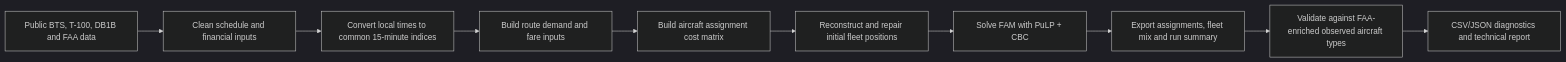
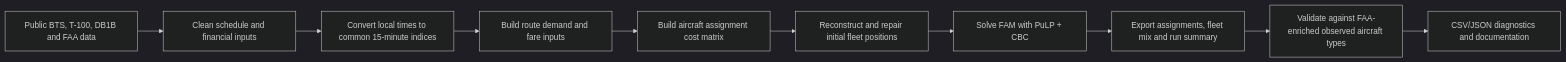
Before and after one commit to AsteriosPapanikolaou/fam-recreation-aircraft-assignment: the diagram in README.md, drawn with Mermaid (dark theme). The commit also changed other lines of this file and 3 other files, not shown here.

````diff
--- a/README.md
+++ b/README.md
@@ -26,12 +27,12 @@
 ```mermaid
 flowchart LR
     A[Public BTS, T-100, DB1B and FAA data] --> B[Clean schedule and financial inputs]
     B --> C[Convert local times to common 15-minute indices]
     C --> D[Build route demand and fare inputs]
     D --> E[Build aircraft assignment cost matrix]
     E --> F[Reconstruct and repair initial fleet positions]
     F --> G[Solve FAM with PuLP + CBC]
     G --> H[Export assignments, fleet mix and run summary]
     H --> I[Validate against FAA-enriched observed aircraft types]
-    I --> J[CSV/JSON diagnostics and technical report]
+    I --> J[CSV/JSON diagnostics and documentation]
 ```
````
